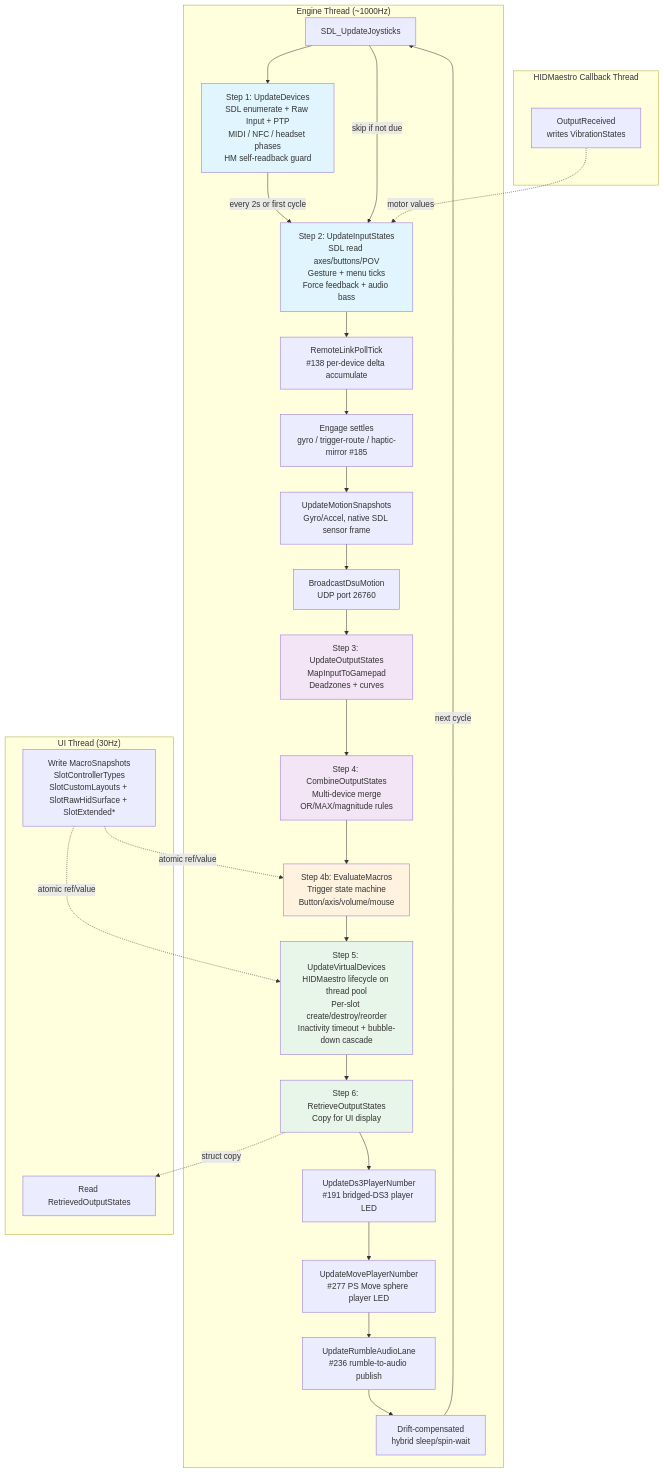
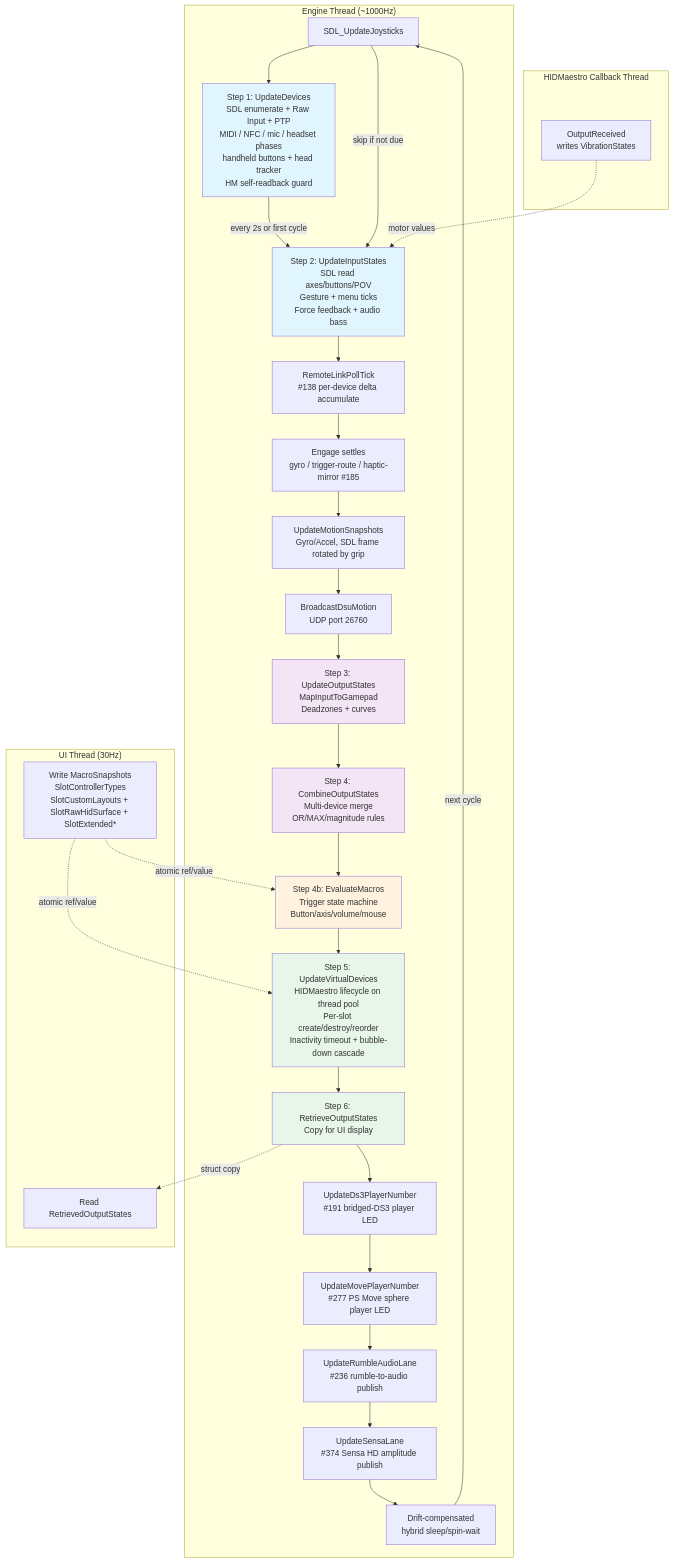
The diagram in wiki/reference/input-pipeline.md (hifihedgehog/padforge.org), drawn with Mermaid before and after one commit. The commit also changed other lines of this file and 144 other files, not shown here.

````diff
--- a/wiki/reference/input-pipeline.md
+++ b/wiki/reference/input-pipeline.md
@@ -9,61 +9,63 @@
 ```mermaid
 graph TD
     subgraph "Engine Thread (~1000Hz)"
         SDL[SDL_UpdateJoysticks]
-        S1[Step 1: UpdateDevices<br/>SDL enumerate + Raw Input + PTP<br/>MIDI / NFC / headset phases<br/>HM self-readback guard]
+        S1[Step 1: UpdateDevices<br/>SDL enumerate + Raw Input + PTP<br/>MIDI / NFC / mic / headset phases<br/>handheld buttons + head tracker<br/>HM self-readback guard]
         S2[Step 2: UpdateInputStates<br/>SDL read axes/buttons/POV<br/>Gesture + menu ticks<br/>Force feedback + audio bass]
         RL[RemoteLinkPollTick<br/>#138 per-device delta accumulate]
         ENG[Engage settles<br/>gyro / trigger-route / haptic-mirror #185]
-        MS[UpdateMotionSnapshots<br/>Gyro/Accel, native SDL sensor frame]
+        MS[UpdateMotionSnapshots<br/>Gyro/Accel, SDL frame rotated by grip]
         DSU[BroadcastDsuMotion<br/>UDP port 26760]
         S3[Step 3: UpdateOutputStates<br/>MapInputToGamepad<br/>Deadzones + curves]
         S4[Step 4: CombineOutputStates<br/>Multi-device merge<br/>OR/MAX/magnitude rules]
         S4b[Step 4b: EvaluateMacros<br/>Trigger state machine<br/>Button/axis/volume/mouse]
         S5[Step 5: UpdateVirtualDevices<br/>HIDMaestro lifecycle on thread pool<br/>Per-slot create/destroy/reorder<br/>Inactivity timeout + bubble-down cascade]
         S6[Step 6: RetrieveOutputStates<br/>Copy for UI display]
         DS3[UpdateDs3PlayerNumber<br/>#191 bridged-DS3 player LED]
         MOVE[UpdateMovePlayerNumber<br/>#277 PS Move sphere player LED]
         RA[UpdateRumbleAudioLane<br/>#236 rumble-to-audio publish]
+        SN[UpdateSensaLane<br/>#374 Sensa HD amplitude publish]
         WAIT[Drift-compensated<br/>hybrid sleep/spin-wait]
 
         SDL --> S1
         S1 -->|every 2s or first cycle| S2
         SDL -->|skip if not due| S2
         S2 --> RL
         RL --> ENG
         ENG --> MS
         MS --> DSU
         DSU --> S3
         S3 --> S4
         S4 --> S4b
         S4b --> S5
         S5 --> S6
         S6 --> DS3
         DS3 --> MOVE
         MOVE --> RA
-        RA --> WAIT
+        RA --> SN
+        SN --> WAIT
         WAIT -->|next cycle| SDL
     end
 
     subgraph "UI Thread (30Hz)"
         UI_READ[Read RetrievedOutputStates]
         UI_WRITE[Write MacroSnapshots<br/>SlotControllerTypes<br/>SlotCustomLayouts + SlotRawHidSurface + SlotExtended*]
     end
 
     subgraph "HIDMaestro Callback Thread"
         VIB[OutputReceived<br/>writes VibrationStates]
     end
 
     S6 -.->|struct copy| UI_READ
     UI_WRITE -.->|atomic ref/value| S4b
     UI_WRITE -.->|atomic ref/value| S5
     VIB -.->|motor values| S2
 
     style S1 fill:#e1f5fe
     style S2 fill:#e1f5fe
     style S3 fill:#f3e5f5
     style S4 fill:#f3e5f5
     style S4b fill:#fff3e0
     style S5 fill:#e8f5e9
     style S6 fill:#e8f5e9
 ```
````
